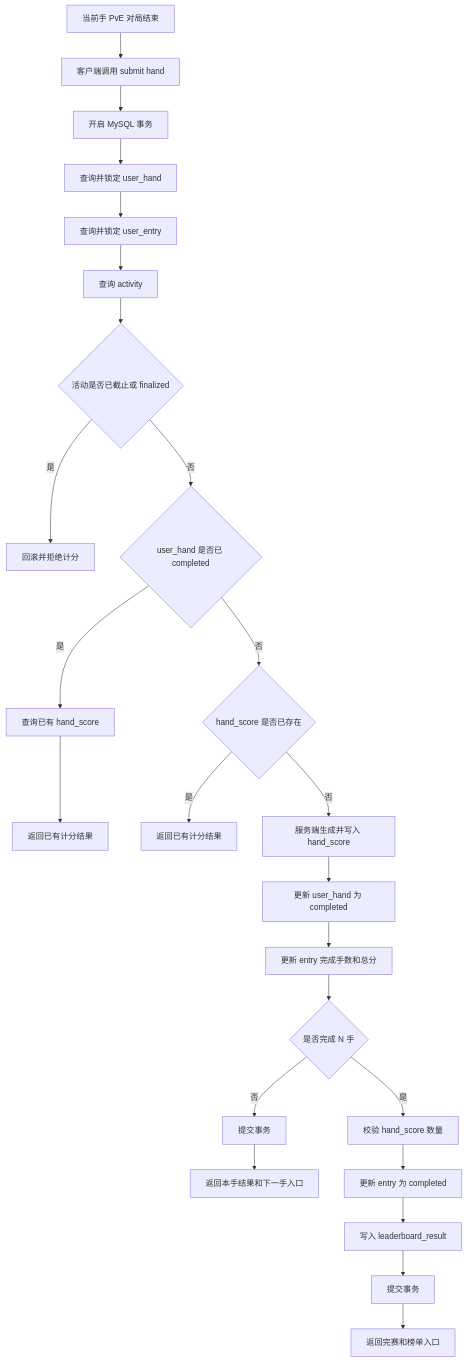
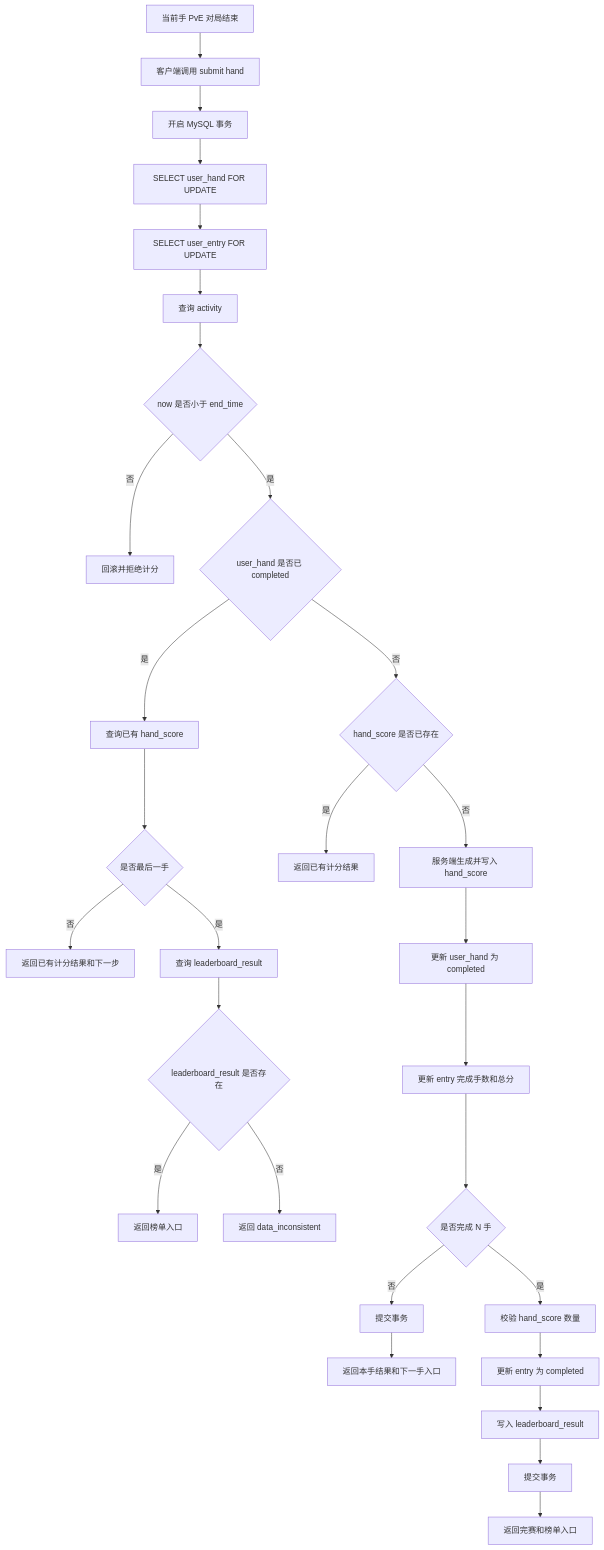
Before and after one commit to zdl20251023-pixel/agent-frame: the third of 9 diagrams in docs/复述扑克/评审/03-复式扑克 PvE 排名赛 7.15 研发设计文档-详细版.md, drawn with Mermaid. The commit also changed other lines of this file, not shown here.

````diff
--- a/docs/复述扑克/评审/03-复式扑克 PvE 排名赛 7.15 研发设计文档-详细版.md
+++ b/docs/复述扑克/评审/03-复式扑克 PvE 排名赛 7.15 研发设计文档-详细版.md
@@ -183,32 +195,37 @@
 ```mermaid
 flowchart TD
     A[当前手 PvE 对局结束] --> B[客户端调用 submit hand]
     B --> C[开启 MySQL 事务]
-    C --> D[查询并锁定 user_hand]
-    D --> E[查询并锁定 user_entry]
+    C --> D[SELECT user_hand FOR UPDATE]
+    D --> E[SELECT user_entry FOR UPDATE]
     E --> F[查询 activity]
 
-    F --> G{活动是否已截止或 finalized}
-    G -- 是 --> G1[回滚并拒绝计分]
-    G -- 否 --> H{user_hand 是否已 completed}
+    F --> G{now 是否小于 end_time}
+    G -- 否 --> G1[回滚并拒绝计分]
+    G -- 是 --> H{user_hand 是否已 completed}
 
     H -- 是 --> H1[查询已有 hand_score]
-    H1 --> H2[返回已有计分结果]
+    H1 --> H2{是否最后一手}
+    H2 -- 否 --> H3[返回已有计分结果和下一步]
+    H2 -- 是 --> H4[查询 leaderboard_result]
+    H4 --> H5{leaderboard_result 是否存在}
+    H5 -- 是 --> H6[返回榜单入口]
+    H5 -- 否 --> H7[返回 data_inconsistent]
 
     H -- 否 --> I{hand_score 是否已存在}
     I -- 是 --> I1[返回已有计分结果]
     I -- 否 --> J[服务端生成并写入 hand_score]
 
     J --> K[更新 user_hand 为 completed]
     K --> L[更新 entry 完成手数和总分]
     L --> M{是否完成 N 手}
 
     M -- 否 --> N[提交事务]
     N --> N1[返回本手结果和下一手入口]
 
     M -- 是 --> O[校验 hand_score 数量]
     O --> P[更新 entry 为 completed]
     P --> Q[写入 leaderboard_result]
     Q --> R[提交事务]
     R --> S[返回完赛和榜单入口]
 ```
````
